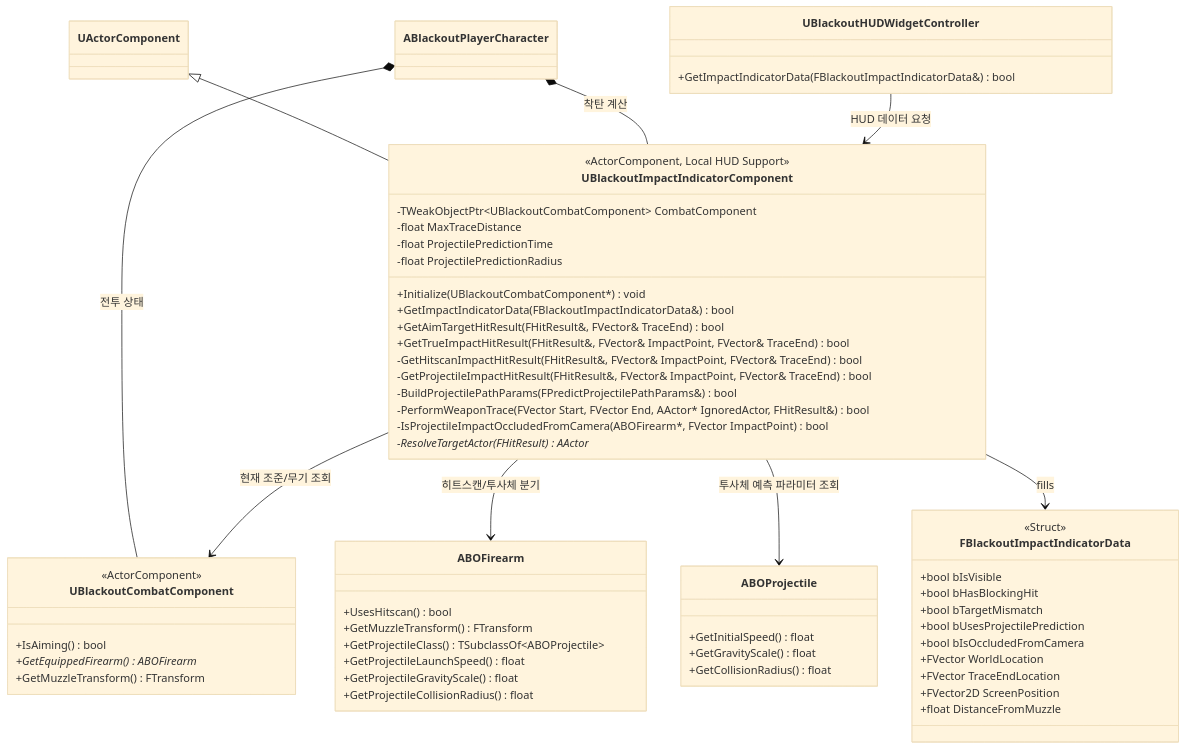
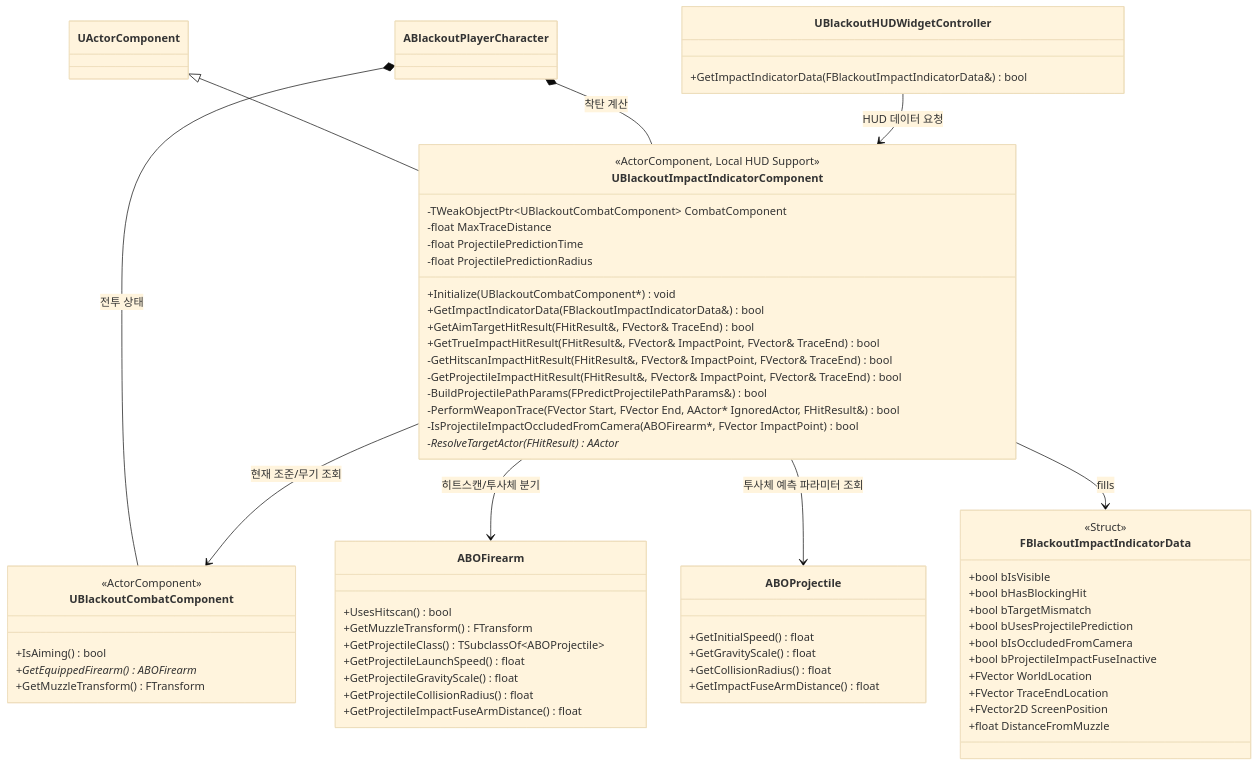
The first of 2 diagrams in Docs/Combat/09_Impact_Indicator_Component.md (seongwon1579/ProjectBlackout), drawn with Mermaid (base theme) before and after one commit. The commit also changed other lines of this file and 12 other files, not shown here.

````diff
--- a/Docs/Combat/09_Impact_Indicator_Component.md
+++ b/Docs/Combat/09_Impact_Indicator_Component.md
@@ -5,71 +5,74 @@
 ```mermaid
 classDiagram
     direction TB
 
     UActorComponent <|-- UBlackoutImpactIndicatorComponent
 
     class UBlackoutImpactIndicatorComponent {
         <<ActorComponent, Local HUD Support>>
         -TWeakObjectPtr~UBlackoutCombatComponent~ CombatComponent
         -float MaxTraceDistance
         -float ProjectilePredictionTime
         -float ProjectilePredictionRadius
         +Initialize(UBlackoutCombatComponent*) void
         +GetImpactIndicatorData(FBlackoutImpactIndicatorData&) bool
         +GetAimTargetHitResult(FHitResult&, FVector& TraceEnd) bool
         +GetTrueImpactHitResult(FHitResult&, FVector& ImpactPoint, FVector& TraceEnd) bool
         -GetHitscanImpactHitResult(FHitResult&, FVector& ImpactPoint, FVector& TraceEnd) bool
         -GetProjectileImpactHitResult(FHitResult&, FVector& ImpactPoint, FVector& TraceEnd) bool
         -BuildProjectilePathParams(FPredictProjectilePathParams&) bool
         -PerformWeaponTrace(FVector Start, FVector End, AActor* IgnoredActor, FHitResult&) bool
         -IsProjectileImpactOccludedFromCamera(ABOFirearm*, FVector ImpactPoint) bool
         -ResolveTargetActor(FHitResult) AActor*
     }
 
     class FBlackoutImpactIndicatorData {
         <<Struct>>
         +bool bIsVisible
         +bool bHasBlockingHit
         +bool bTargetMismatch
         +bool bUsesProjectilePrediction
         +bool bIsOccludedFromCamera
+        +bool bProjectileImpactFuseInactive
         +FVector WorldLocation
         +FVector TraceEndLocation
         +FVector2D ScreenPosition
         +float DistanceFromMuzzle
     }
 
     class UBlackoutCombatComponent {
         <<ActorComponent>>
         +IsAiming() bool
         +GetEquippedFirearm() ABOFirearm*
         +GetMuzzleTransform() FTransform
     }
 
     class ABOFirearm {
         +UsesHitscan() bool
         +GetMuzzleTransform() FTransform
         +GetProjectileClass() TSubclassOf~ABOProjectile~
         +GetProjectileLaunchSpeed() float
         +GetProjectileGravityScale() float
         +GetProjectileCollisionRadius() float
+        +GetProjectileImpactFuseArmDistance() float
     }
 
     class ABOProjectile {
         +GetInitialSpeed() float
         +GetGravityScale() float
         +GetCollisionRadius() float
+        +GetImpactFuseArmDistance() float
     }
 
     class UBlackoutHUDWidgetController {
         +GetImpactIndicatorData(FBlackoutImpactIndicatorData&) bool
     }
 
     ABlackoutPlayerCharacter *-- UBlackoutCombatComponent : 전투 상태
     ABlackoutPlayerCharacter *-- UBlackoutImpactIndicatorComponent : 착탄 계산
     UBlackoutImpactIndicatorComponent --> UBlackoutCombatComponent : 현재 조준/무기 조회
     UBlackoutImpactIndicatorComponent --> ABOFirearm : 히트스캔/투사체 분기
     UBlackoutImpactIndicatorComponent --> ABOProjectile : 투사체 예측 파라미터 조회
     UBlackoutImpactIndicatorComponent --> FBlackoutImpactIndicatorData : fills
     UBlackoutHUDWidgetController --> UBlackoutImpactIndicatorComponent : HUD 데이터 요청
 ```
````
